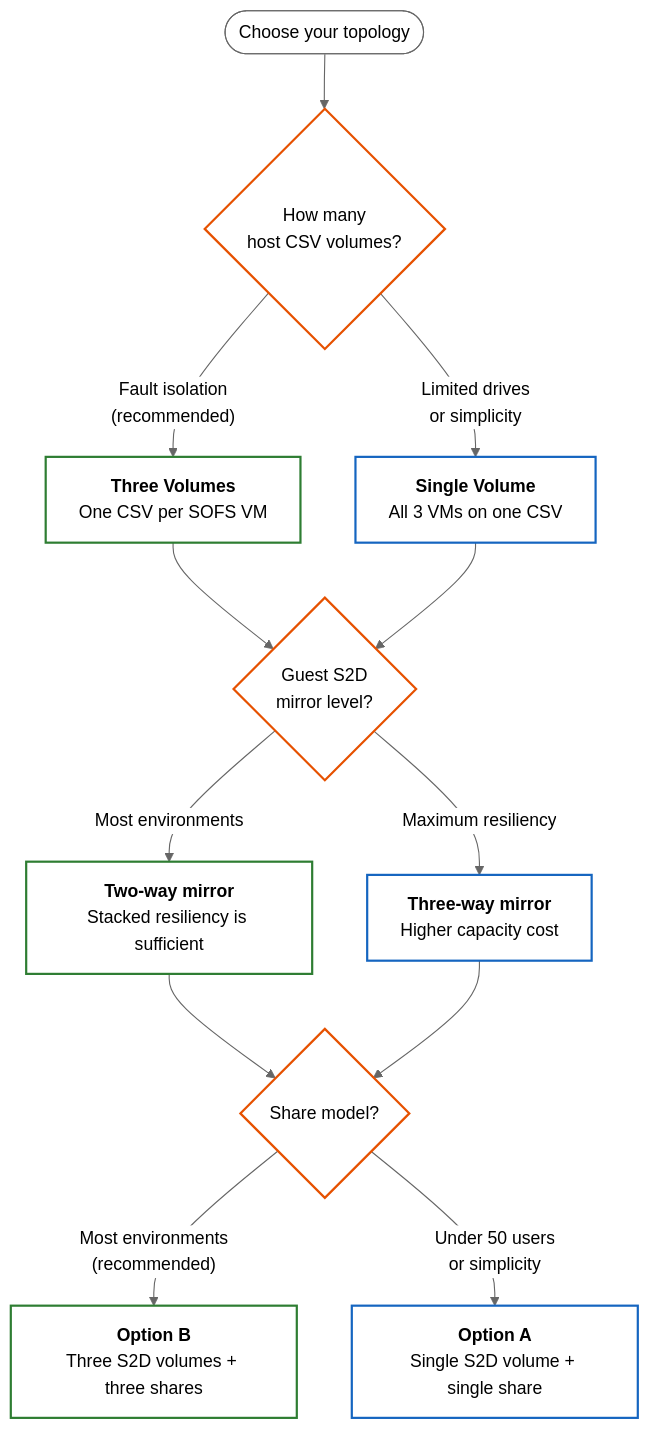
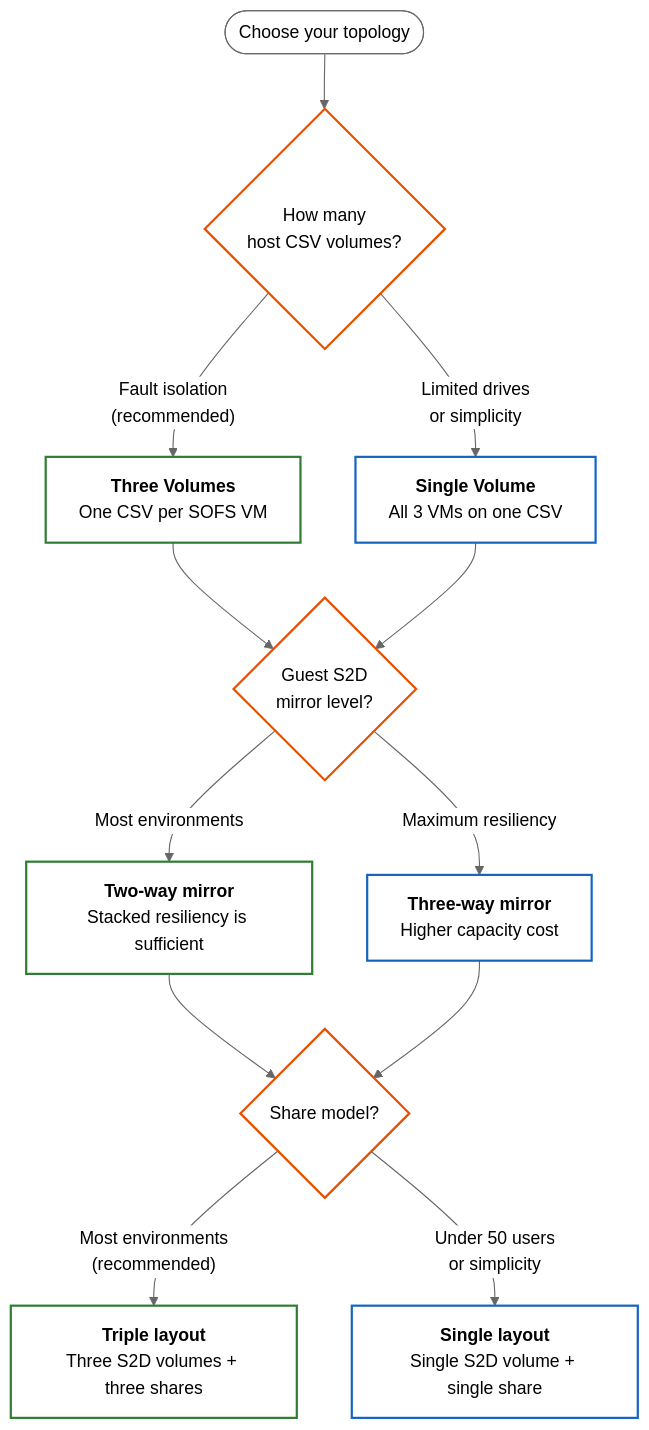
One commit to AzureLocal/azurelocal-sofs-fslogix changed the first of 2 diagrams in docs/architecture/overview.md. Above: the diagram before and after it, drawn with Mermaid. The commit also changed other lines of this file and 55 other files, not shown here.

````diff
--- a/docs/architecture/overview.md
+++ b/docs/architecture/overview.md
@@ -19,30 +19,30 @@
 ```mermaid
 %%{init: {'theme': 'base', 'themeVariables': {'primaryColor': '#fff', 'primaryTextColor': '#000', 'lineColor': '#666', 'primaryBorderColor': '#666'}}}%%
 flowchart TD
     Start(["Choose your topology"]) --> D1{"How many<br/>host CSV volumes?"}
     D1 -->|"Fault isolation<br/>(recommended)"| ThreeVol["<b>Three Volumes</b><br/>One CSV per SOFS VM"]
     D1 -->|"Limited drives<br/>or simplicity"| OneVol["<b>Single Volume</b><br/>All 3 VMs on one CSV"]
 
     ThreeVol --> D2{"Guest S2D<br/>mirror level?"}
     OneVol --> D2
 
     D2 -->|"Most environments"| TwoWay["<b>Two-way mirror</b><br/>Stacked resiliency is sufficient"]
     D2 -->|"Maximum resiliency"| ThreeWay["<b>Three-way mirror</b><br/>Higher capacity cost"]
 
     TwoWay --> D3{"Share model?"}
     ThreeWay --> D3
 
-    D3 -->|"Most environments<br/>(recommended)"| OptB["<b>Option B</b><br/>Three S2D volumes + three shares"]
-    D3 -->|"Under 50 users<br/>or simplicity"| OptA["<b>Option A</b><br/>Single S2D volume + single share"]
+    D3 -->|"Most environments<br/>(recommended)"| OptB["<b>Triple layout</b><br/>Three S2D volumes + three shares"]
+    D3 -->|"Under 50 users<br/>or simplicity"| OptA["<b>Single layout</b><br/>Single S2D volume + single share"]
 
     style Start fill:#fff,stroke:#666,color:#000
     style D1 fill:#fff,stroke:#e65100,color:#000,stroke-width:2px
     style D2 fill:#fff,stroke:#e65100,color:#000,stroke-width:2px
     style D3 fill:#fff,stroke:#e65100,color:#000,stroke-width:2px
     style ThreeVol fill:#fff,stroke:#2e7d32,color:#000,stroke-width:2px
     style OneVol fill:#fff,stroke:#1565c0,color:#000,stroke-width:2px
     style TwoWay fill:#fff,stroke:#2e7d32,color:#000,stroke-width:2px
     style ThreeWay fill:#fff,stroke:#1565c0,color:#000,stroke-width:2px
     style OptB fill:#fff,stroke:#2e7d32,color:#000,stroke-width:2px
     style OptA fill:#fff,stroke:#1565c0,color:#000,stroke-width:2px
 ```
````
